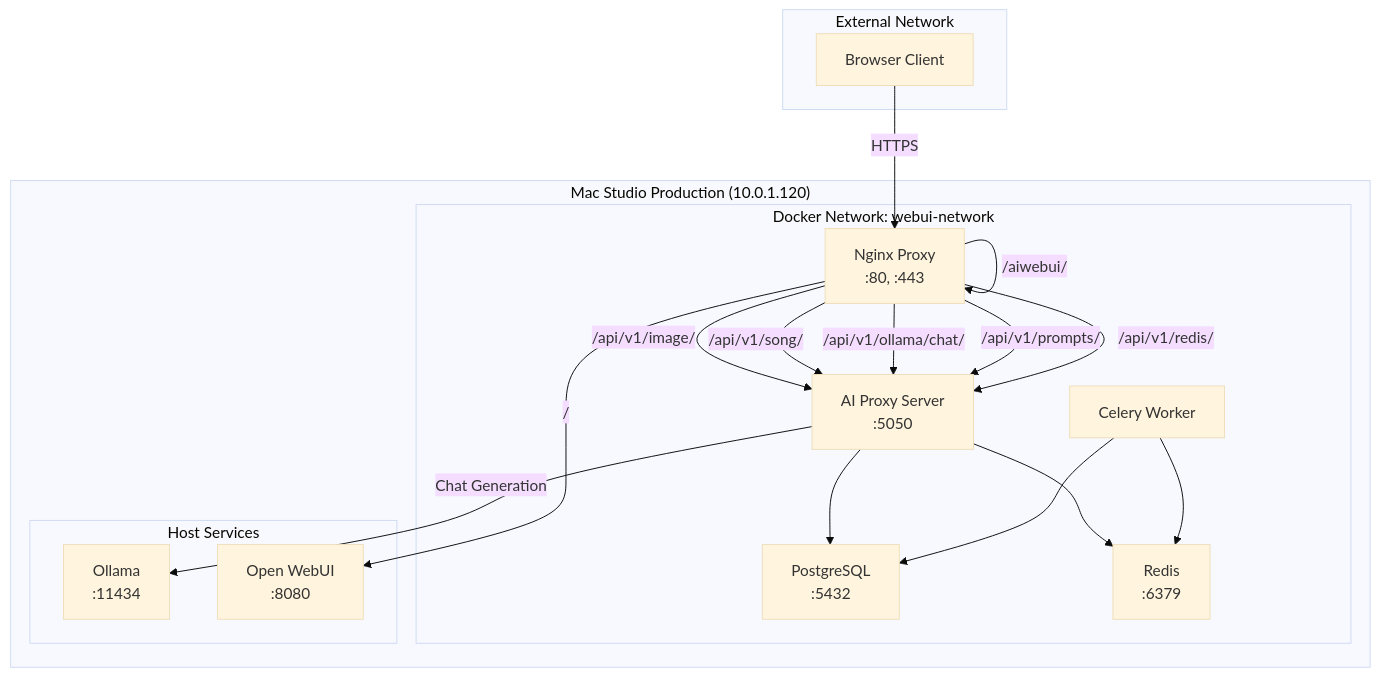
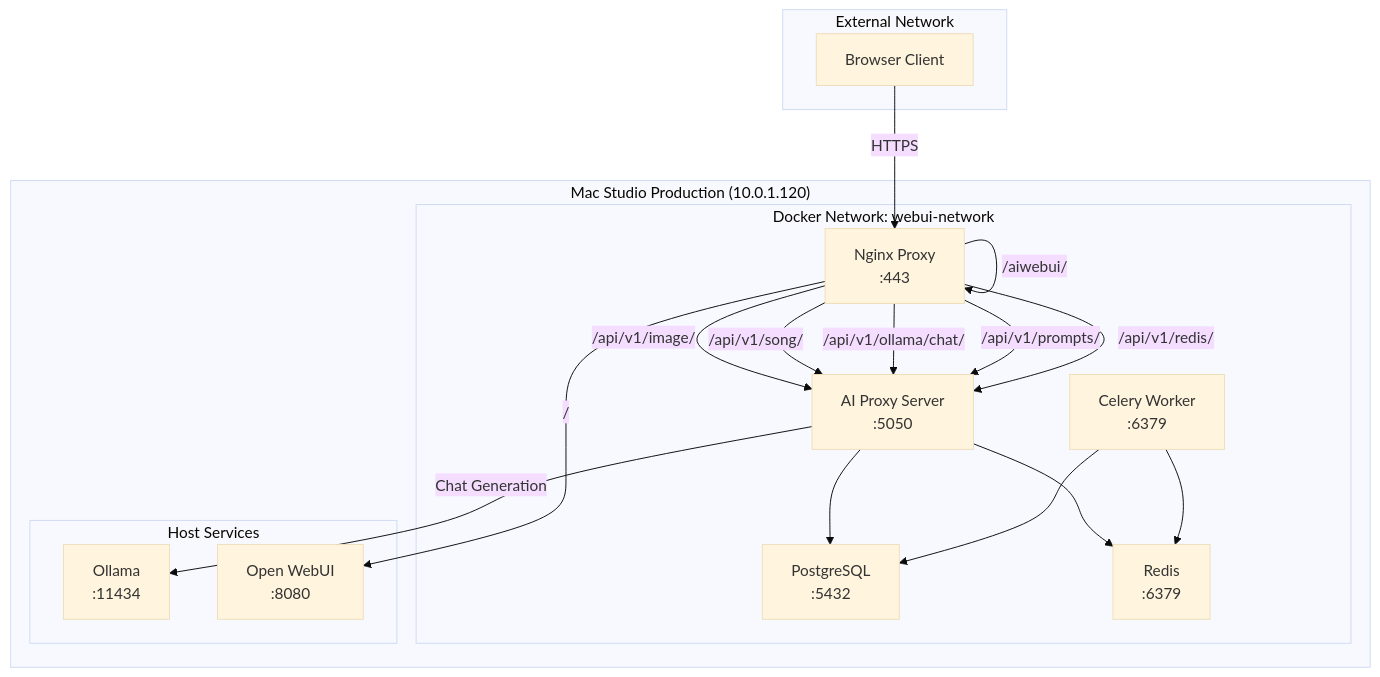
One commit to rwellinger/thwelly_ai_tools changed the diagram in docs/7.3_netzwerk_architektur.mmd. Above: the diagram before and after it, drawn with Mermaid (base theme). The commit also changed 13 other files, not shown here.

```diff
--- a/docs/7.3_netzwerk_architektur.mmd
+++ b/docs/7.3_netzwerk_architektur.mmd
@@ -1,34 +1,34 @@
 graph TB
     subgraph "External Network"
         CLIENT[Browser Client]
     end
 
     subgraph "Mac Studio Production (10.0.1.120)"
         subgraph "Docker Network: webui-network"
-            NGINX[Nginx Proxy<br/>:80, :443]
+            NGINX[Nginx Proxy<br/>:443]
             API[AI Proxy Server<br/>:5050]
-            WORKER[Celery Worker]
+            WORKER[Celery Worker<br/>:6379]
             PG[PostgreSQL<br/>:5432]
             REDIS[Redis<br/>:6379]
         end
 
         subgraph "Host Services"
             OLLAMA[Ollama<br/>:11434]
             WEBUI[Open WebUI<br/>:8080]
         end
     end
 
     CLIENT -->|HTTPS| NGINX
     NGINX -->|/aiwebui/| NGINX
     NGINX -->|/api/v1/image/| API
     NGINX -->|/api/v1/song/| API
     NGINX -->|/api/v1/ollama/chat/| API
     NGINX -->|/api/v1/prompts/| API
     NGINX -->|/api/v1/redis/| API
     NGINX -->|/| WEBUI
 
     API --> PG
     API --> REDIS
     API -->|Chat Generation| OLLAMA
     WORKER --> REDIS
     WORKER --> PG
```
